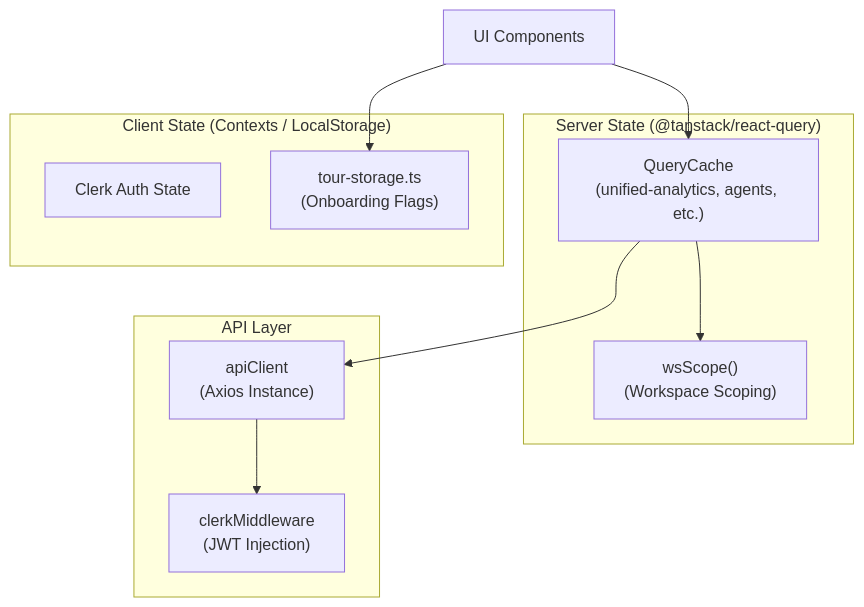
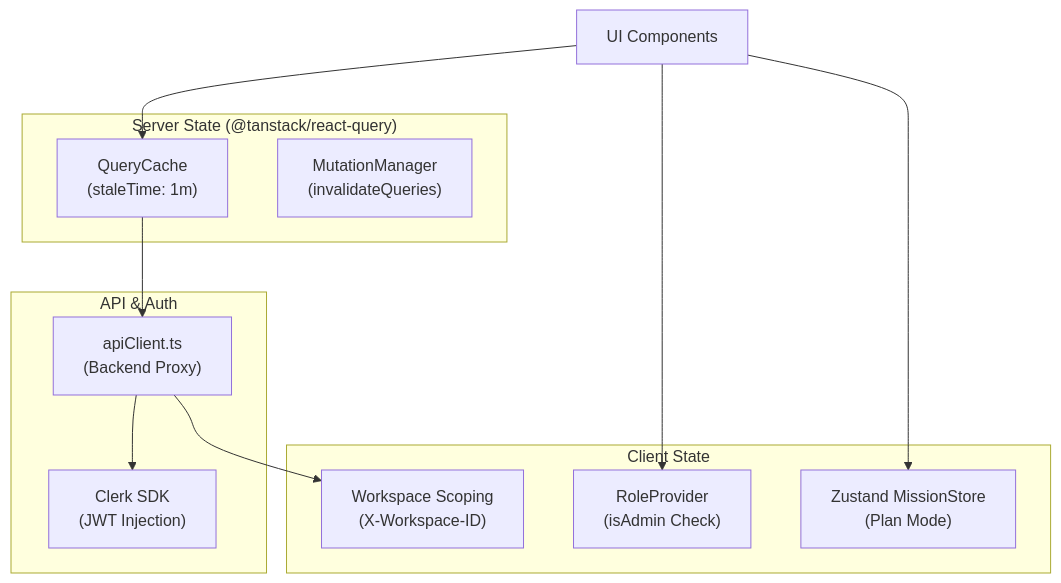
Before and after one commit to AutomatosAI/automatos-ai: the first of 2 diagrams in docs/frontend-architecture/_index.md, drawn with Mermaid. The commit also changed other lines of this file and 153 other files, not shown here.

````diff
--- a/docs/frontend-architecture/_index.md
+++ b/docs/frontend-architecture/_index.md
@@ -85,23 +83,25 @@
 ```mermaid
 graph TB
     subgraph "Server State (@tanstack/react-query)"
-        QueryCache["QueryCache<br/>(unified-analytics, agents, etc.)"]
-        wsScope["wsScope()<br/>(Workspace Scoping)"]
+        QueryCache["QueryCache<br/>(staleTime: 1m)"]
+        MutationManager["MutationManager<br/>(invalidateQueries)"]
     end
     
-    subgraph "Client State (Contexts / LocalStorage)"
-        ClerkAuth["Clerk Auth State"]
-        TourStorage["tour-storage.ts<br/>(Onboarding Flags)"]
+    subgraph "Client State"
+        WorkspaceContext["Workspace Scoping<br/>(X-Workspace-ID)"]
+        RoleProvider["RoleProvider<br/>(isAdmin Check)"]
+        MissionStore["Zustand MissionStore<br/>(Plan Mode)"]
     end
     
-    subgraph "API Layer"
-        apiClient["apiClient<br/>(Axios Instance)"]
-        ClerkMiddleware["clerkMiddleware<br/>(JWT Injection)"]
+    subgraph "API & Auth"
+        ClerkAuth["Clerk SDK<br/>(JWT Injection)"]
+        APIClient["apiClient.ts<br/>(Backend Proxy)"]
     end
     
     UI["UI Components"] --> QueryCache
-    QueryCache --> wsScope
-    QueryCache --> apiClient
-    apiClient --> ClerkMiddleware
-    UI --> TourStorage
+    UI --> MissionStore
+    UI --> RoleProvider
+    QueryCache --> APIClient
+    APIClient --> ClerkAuth
+    APIClient --> WorkspaceContext
 ```
````
